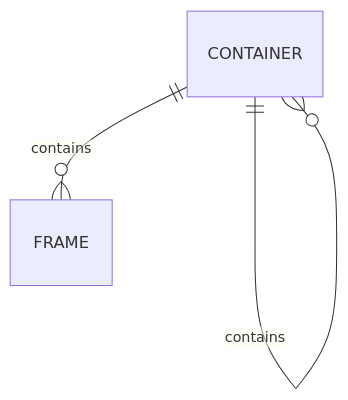
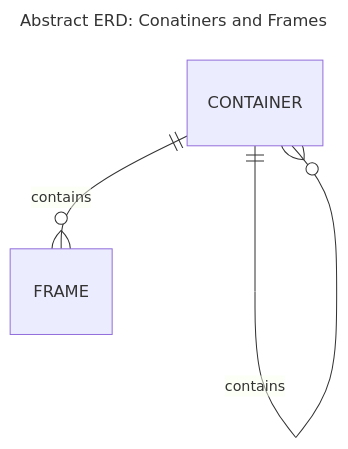
The first of 3 diagrams in README.md (NathanDWalsh/els), drawn with Mermaid before and after one commit. The commit also changed other lines of this file, not shown here.

````diff
--- a/README.md
+++ b/README.md
@@ -149,9 +35,9 @@
 ```mermaid
 ---
-theme default
+title: "Abstract ERD: Conatiners and Frames"
 ---
 erDiagram
     CONTAINER ||--O{ CONTAINER: "contains"
     CONTAINER ||--O{ FRAME: "contains"
 
 ```
````
